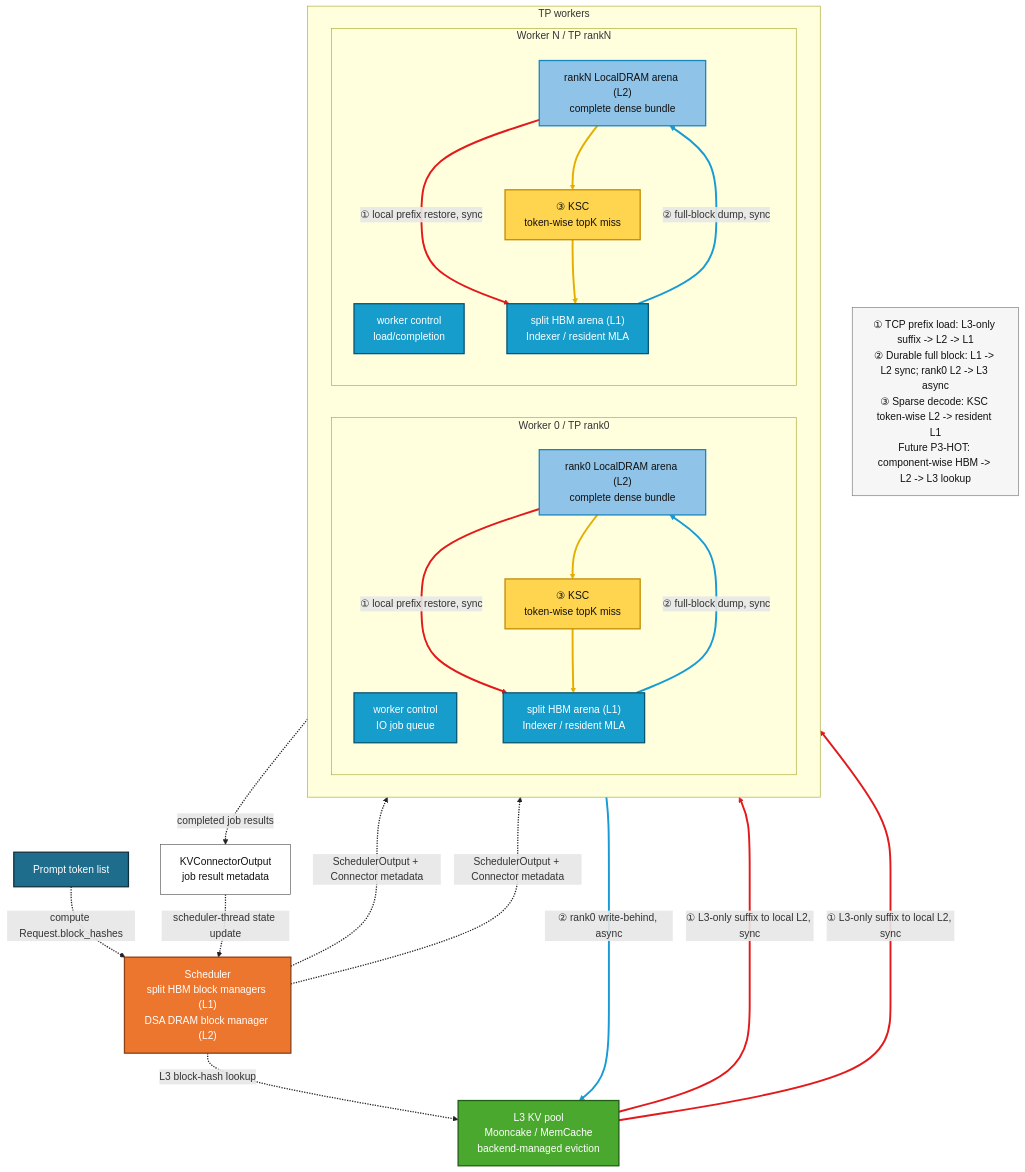
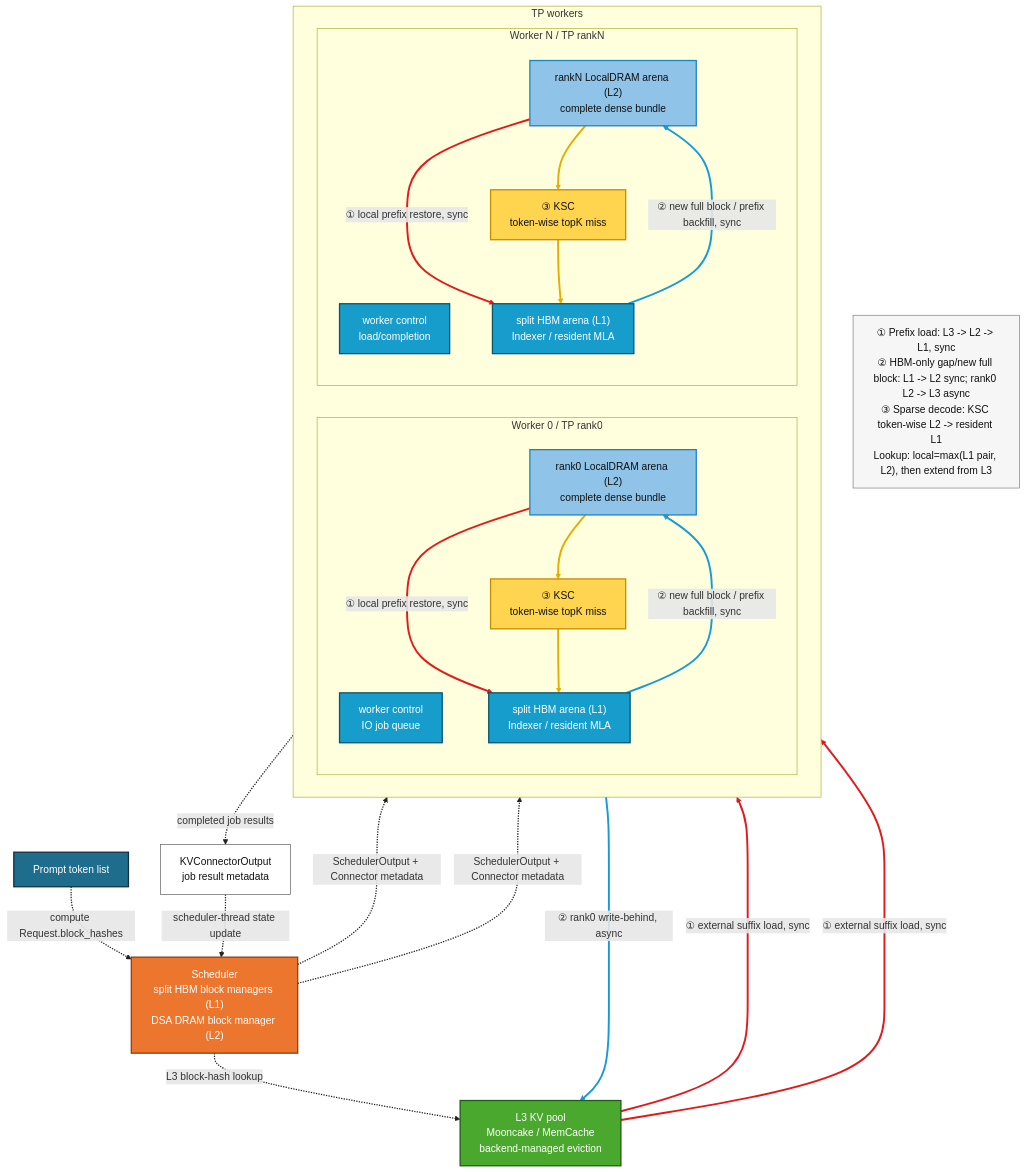
The diagram in docs/source/developer_guide/Design_Documents/dsa_l2_l3_cache_design.md (JiJiaF1020/vllm-ascend-dsa-dp-demo), drawn with Mermaid before and after one commit. The commit also changed other lines of this file and 23 other files, not shown here.

````diff
--- a/docs/source/developer_guide/Design_Documents/dsa_l2_l3_cache_design.md
+++ b/docs/source/developer_guide/Design_Documents/dsa_l2_l3_cache_design.md
@@ -455,63 +462,63 @@
 ```mermaid
 flowchart TB
     P["Prompt token list"]:::prompt
     S["Scheduler<br/>split HBM block managers (L1)<br/>DSA DRAM block manager (L2)"]:::scheduler
     KO["KVConnectorOutput<br/>job result metadata"]:::metadata
     L3["L3 KV pool<br/>Mooncake / MemCache<br/>backend-managed eviction"]:::l3
 
     subgraph WORKERS["TP workers"]
         direction LR
         subgraph R0["Worker 0 / TP rank0"]
             direction TB
             C0["worker control<br/>IO job queue"]:::worker
             H0["split HBM arena (L1)<br/>Indexer / resident MLA"]:::worker
             D0["rank0 LocalDRAM arena (L2)<br/>complete dense bundle"]:::l2
             K0["③ KSC<br/>token-wise topK miss"]:::ksc
         end
 
         subgraph RN["Worker N / TP rankN"]
             direction TB
             CN["worker control<br/>load/completion"]:::worker
             HN["split HBM arena (L1)<br/>Indexer / resident MLA"]:::worker
             DN["rankN LocalDRAM arena (L2)<br/>complete dense bundle"]:::l2
             KN["③ KSC<br/>token-wise topK miss"]:::ksc
         end
     end
 
-    LEGEND["① TCP prefix load: L3-only suffix -> L2 -> L1<br/>② Durable full block: L1 -> L2 sync; rank0 L2 -> L3 async<br/>③ Sparse decode: KSC token-wise L2 -> resident L1<br/>Future P3-HOT: component-wise HBM -> L2 -> L3 lookup"]:::legend
+    LEGEND["① Prefix load: L3 -> L2 -> L1, sync<br/>② HBM-only gap/new full block: L1 -> L2 sync; rank0 L2 -> L3 async<br/>③ Sparse decode: KSC token-wise L2 -> resident L1<br/>Lookup: local=max(L1 pair, L2), then extend from L3"]:::legend
 
     P -. "compute Request.block_hashes" .-> S
     S -. "L3 block-hash lookup" .-> L3
     S -. "SchedulerOutput + Connector metadata" .-> C0
     S -. "SchedulerOutput + Connector metadata" .-> CN
     C0 -. "completed job results" .-> KO
     KO -. "scheduler-thread state update" .-> S
 
     D0 -->|"① local prefix restore, sync"| H0
     DN -->|"① local prefix restore, sync"| HN
-    L3 -->|"① L3-only suffix to local L2, sync"| D0
-    L3 -->|"① L3-only suffix to local L2, sync"| DN
+    L3 -->|"① external suffix load, sync"| D0
+    L3 -->|"① external suffix load, sync"| DN
 
-    H0 -->|"② full-block dump, sync"| D0
-    HN -->|"② full-block dump, sync"| DN
+    H0 -->|"② new full block / prefix backfill, sync"| D0
+    HN -->|"② new full block / prefix backfill, sync"| DN
     D0 -->|"② rank0 write-behind, async"| L3
 
     D0 --> K0
     K0 --> H0
     DN --> KN
     KN --> HN
 
     classDef prompt fill:#1f6d8c,color:#ffffff,stroke:#102f3d,stroke-width:2px;
     classDef scheduler fill:#ed762f,color:#ffffff,stroke:#8d3f12,stroke-width:2px;
     classDef worker fill:#169dcc,color:#ffffff,stroke:#07546f,stroke-width:2px;
     classDef l2 fill:#8fc3e8,color:#111111,stroke:#1786bd,stroke-width:2px;
     classDef l3 fill:#4ba82e,color:#ffffff,stroke:#1e5d12,stroke-width:2px;
     classDef metadata fill:#ffffff,color:#111111,stroke:#555555,stroke-width:1px;
     classDef ksc fill:#ffd54f,color:#111111,stroke:#c28b00,stroke-width:2px;
     classDef legend fill:#f6f6f6,color:#111111,stroke:#777777,stroke-width:1px;
 
     linkStyle 0,1,2,3,4,5 stroke:#222222,stroke-width:2px;
     linkStyle 6,7,8,9 stroke:#e31a1c,stroke-width:3px;
     linkStyle 10,11,12 stroke:#169bd5,stroke-width:3px;
     linkStyle 13,14,15,16 stroke:#e5ad00,stroke-width:3px;
 ```
````
